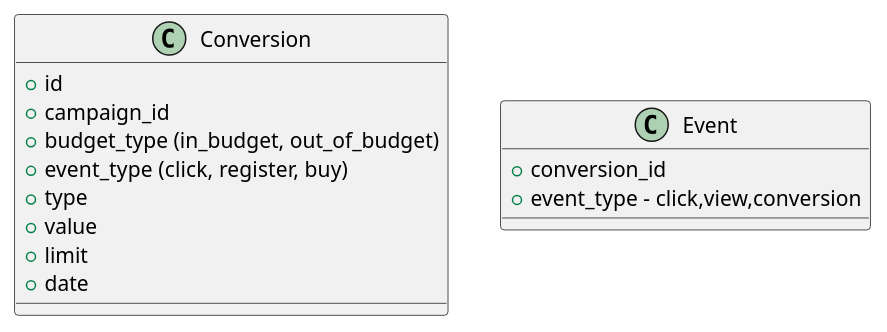
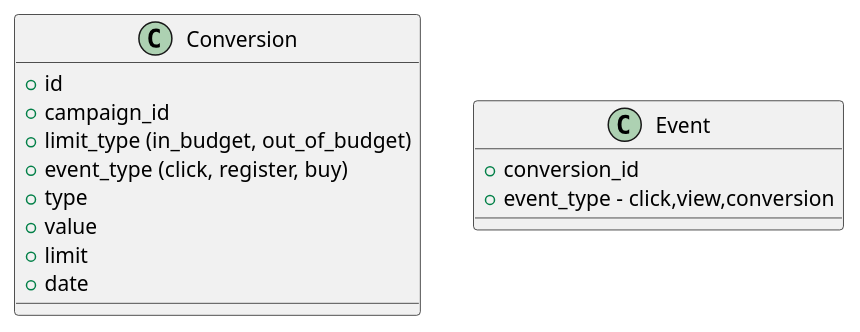
Before and after one commit to adshares/adserver: the diagram in docs/conversion_diagram.puml, drawn with PlantUML. The commit also changed 6 other files, not shown here.

Commit message:
Rename budget_type to limit_type

```diff
--- a/docs/conversion_diagram.puml
+++ b/docs/conversion_diagram.puml
@@ -1,22 +1,22 @@
 @startuml
 
 class Conversion
 {
     +id
     +campaign_id
-    +{field} budget_type (in_budget, out_of_budget)
+    +{field} limit_type (in_budget, out_of_budget)
     +{field} event_type (click, register, buy)
     +type
     +value
     +limit
     +date
 }
 
 
 class Event
 {
     +conversion_id
     +event_type - click,view,conversion
 }
 
 @enduml
```
